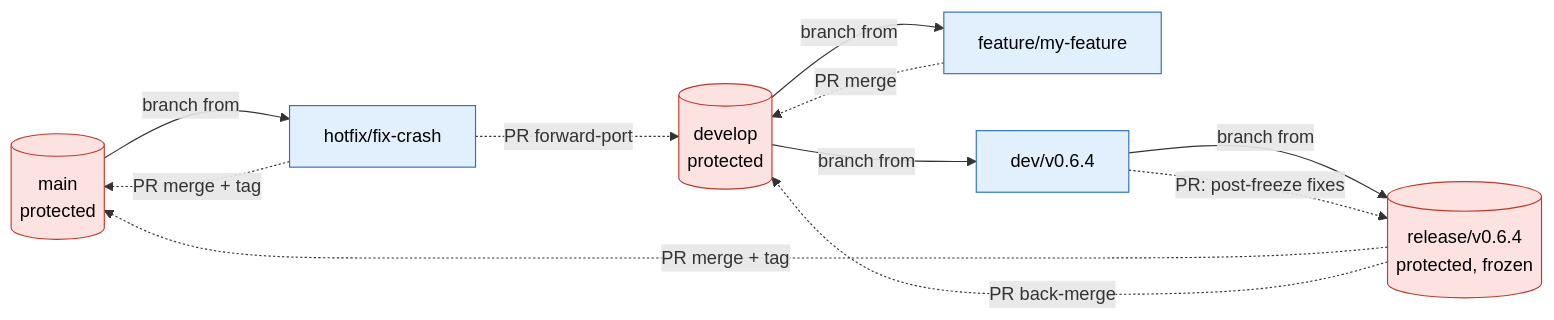
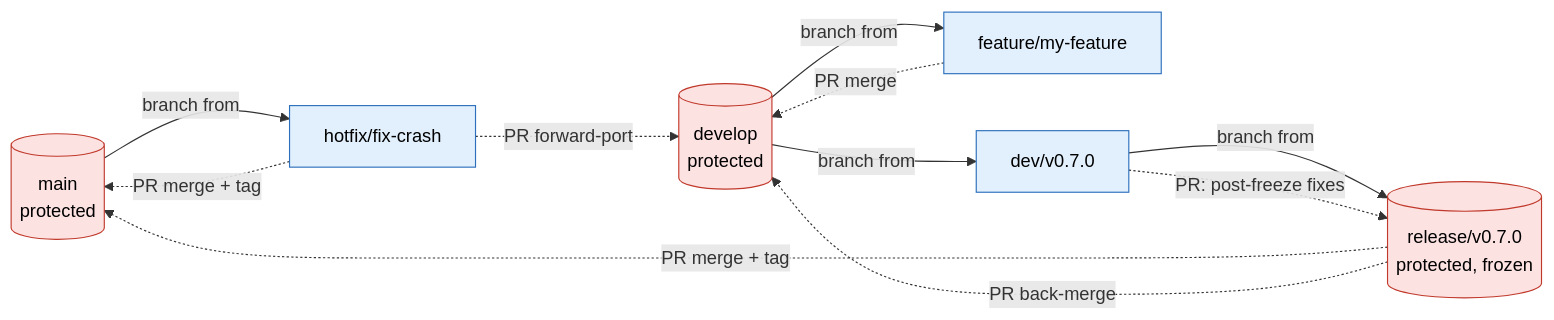
Before and after one commit to sebllns/kmhelpers: the diagram in docs/contributing/dev.md, drawn with Mermaid. The commit also changed 8 other files, not shown here.

````diff
--- a/docs/contributing/dev.md
+++ b/docs/contributing/dev.md
@@ -96,30 +96,30 @@
 ```mermaid
 flowchart LR
     main[("main<br/>protected")]
     develop[("develop<br/>protected")]
     feat["feature/my-feature"]
-    devv["dev/v0.6.4"]
-    rel[("release/v0.6.4<br/>protected, frozen")]
+    devv["dev/v0.7.0"]
+    rel[("release/v0.7.0<br/>protected, frozen")]
     hot["hotfix/fix-crash"]
 
     %% feature cycle
     develop -->|branch from| feat
     feat -.->|PR merge| develop
 
     %% release cycle
     develop -->|branch from| devv
     devv -->|branch from| rel
     devv -.->|PR: post-freeze fixes| rel
     rel -.->|PR merge + tag| main
     rel -.->|PR back-merge| develop
 
     %% hotfix cycle
     main -->|branch from| hot
     hot -.->|PR merge + tag| main
     hot -.->|PR forward-port| develop
 
     classDef prot fill:#fde2e2,stroke:#c0392b,color:#000;
     classDef work fill:#e2f0fd,stroke:#2c6fbb,color:#000;
     class main,develop,rel prot;
     class feat,devv,hot work;
 ```
````
